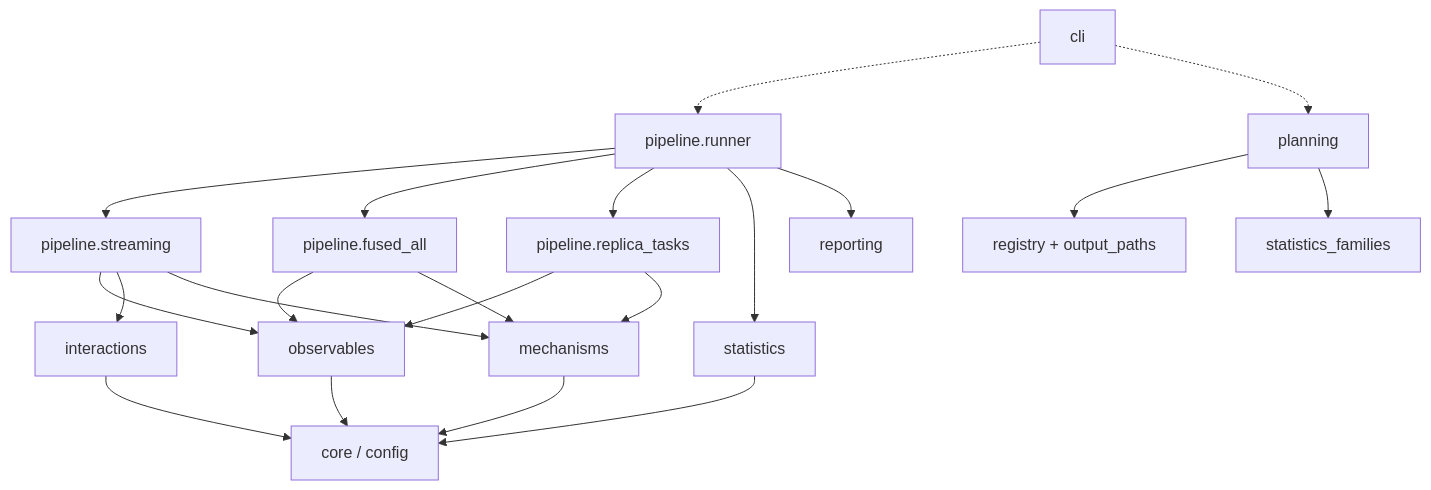
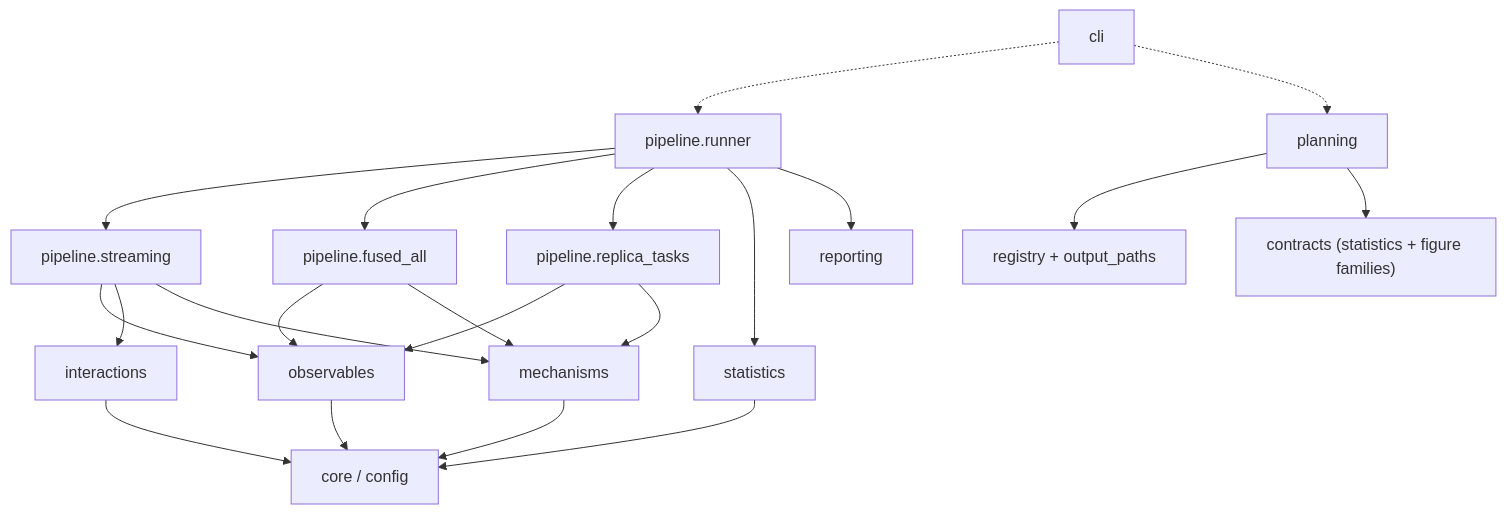
The third of 3 diagrams in docs/developer/pipeline-graphs.md (MarionQL/MDscope), drawn with Mermaid before and after one commit. The commit also changed 27 other files, not shown here.

````diff
--- a/docs/developer/pipeline-graphs.md
+++ b/docs/developer/pipeline-graphs.md
@@ -150,23 +150,23 @@
 ```mermaid
 flowchart TD
     CLI["cli"] -.-> RUN["pipeline.runner"]
     CLI -.-> PLAN["planning"]
     PLAN --> REG["registry + output_paths"]
-    PLAN --> FAM["statistics_families"]
+    PLAN --> FAM["contracts (statistics + figure families)"]
     RUN --> STREAM["pipeline.streaming"]
     RUN --> FONLY["pipeline.fused_all"]
     RUN --> TASK["pipeline.replica_tasks"]
     STREAM --> OBS["observables"]
     STREAM --> INT["interactions"]
     STREAM --> MECH["mechanisms"]
     FONLY --> OBS
     FONLY --> MECH
     TASK --> OBS
     TASK --> MECH
     OBS --> CORE["core / config"]
     MECH --> CORE
     INT --> CORE
     RUN --> STATS["statistics"]
     STATS --> CORE
     RUN --> REPORT["reporting"]
 ```
````
